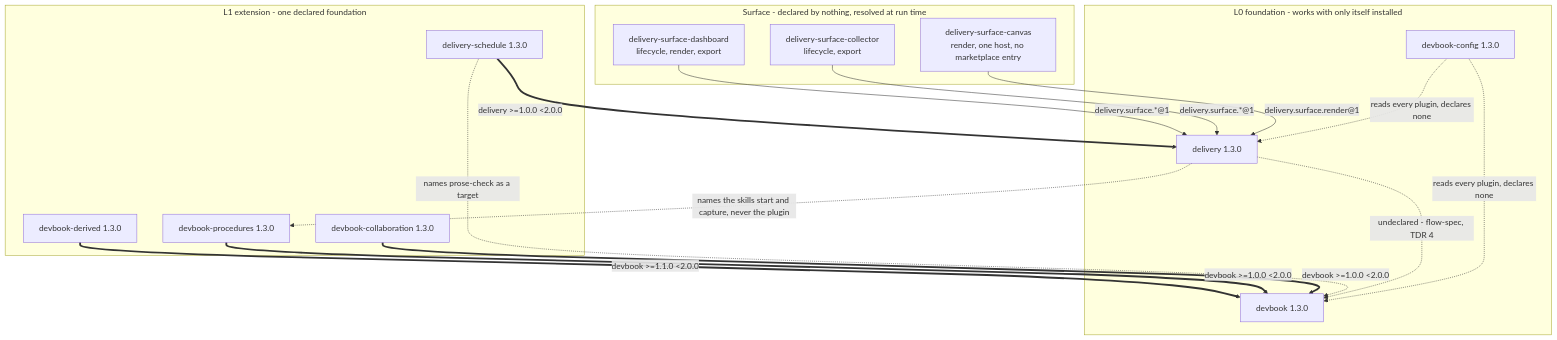
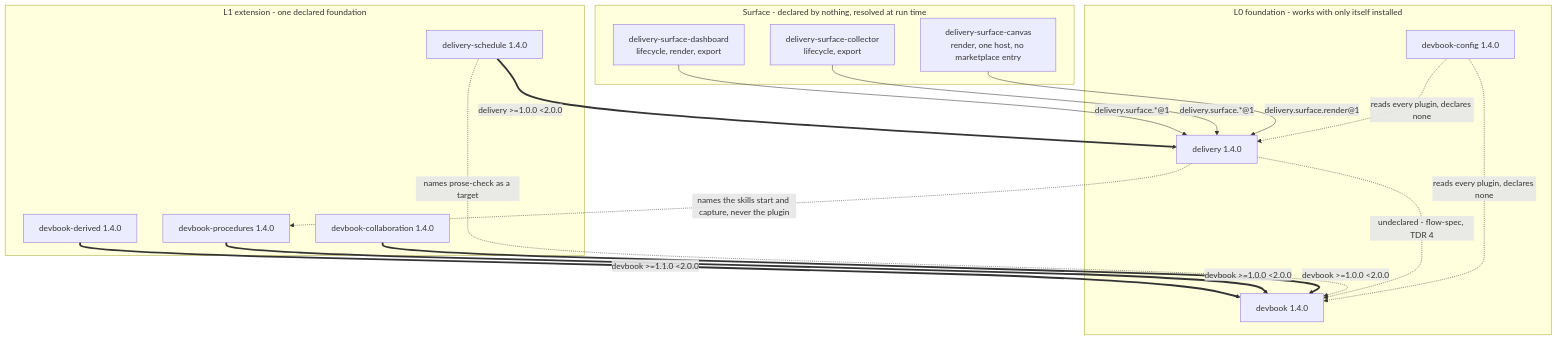
The first of 3 diagrams in .devbook/arc42/05-building-block-view.md (JSdotNet/devbook), drawn with Mermaid before and after one commit. The commit also changed 22 other files, not shown here.

````diff
--- a/.devbook/arc42/05-building-block-view.md
+++ b/.devbook/arc42/05-building-block-view.md
@@ -28,36 +28,36 @@
 ```mermaid
 flowchart TB
     subgraph L0["L0 foundation - works with only itself installed"]
-        DEV["devbook 1.3.0"]
-        DEL["delivery 1.3.0"]
-        CFG["devbook-config 1.3.0"]
+        DEV["devbook 1.4.0"]
+        DEL["delivery 1.4.0"]
+        CFG["devbook-config 1.4.0"]
     end
 
     subgraph L1["L1 extension - one declared foundation"]
-        DBD["devbook-derived 1.3.0"]
-        DPR["devbook-procedures 1.3.0"]
-        DBC["devbook-collaboration 1.3.0"]
-        SCH["delivery-schedule 1.3.0"]
+        DBD["devbook-derived 1.4.0"]
+        DPR["devbook-procedures 1.4.0"]
+        DBC["devbook-collaboration 1.4.0"]
+        SCH["delivery-schedule 1.4.0"]
     end
 
     subgraph SURF["Surface - declared by nothing, resolved at run time"]
         SD["delivery-surface-dashboard<br/>lifecycle, render, export"]
         SL["delivery-surface-collector<br/>lifecycle, export"]
         SC["delivery-surface-canvas<br/>render, one host, no marketplace entry"]
     end
 
     DBD ==>|"devbook >=1.1.0 &lt;2.0.0"| DEV
     DPR ==>|"devbook >=1.0.0 &lt;2.0.0"| DEV
     DBC ==>|"devbook >=1.0.0 &lt;2.0.0"| DEV
     SCH ==>|"delivery >=1.0.0 &lt;2.0.0"| DEL
 
     SD -->|"delivery.surface.*@1"| DEL
     SL -->|"delivery.surface.*@1"| DEL
     SC -->|"delivery.surface.render@1"| DEL
 
     SCH -.->|"names prose-check as a target"| DEV
     DEL -.->|"undeclared - flow-spec, TDR 4"| DEV
     DEL -.->|"names the skills start and capture, never the plugin"| DPR
     CFG -.->|"reads every plugin, declares none"| DEV
     CFG -.->|"reads every plugin, declares none"| DEL
 ```
````
